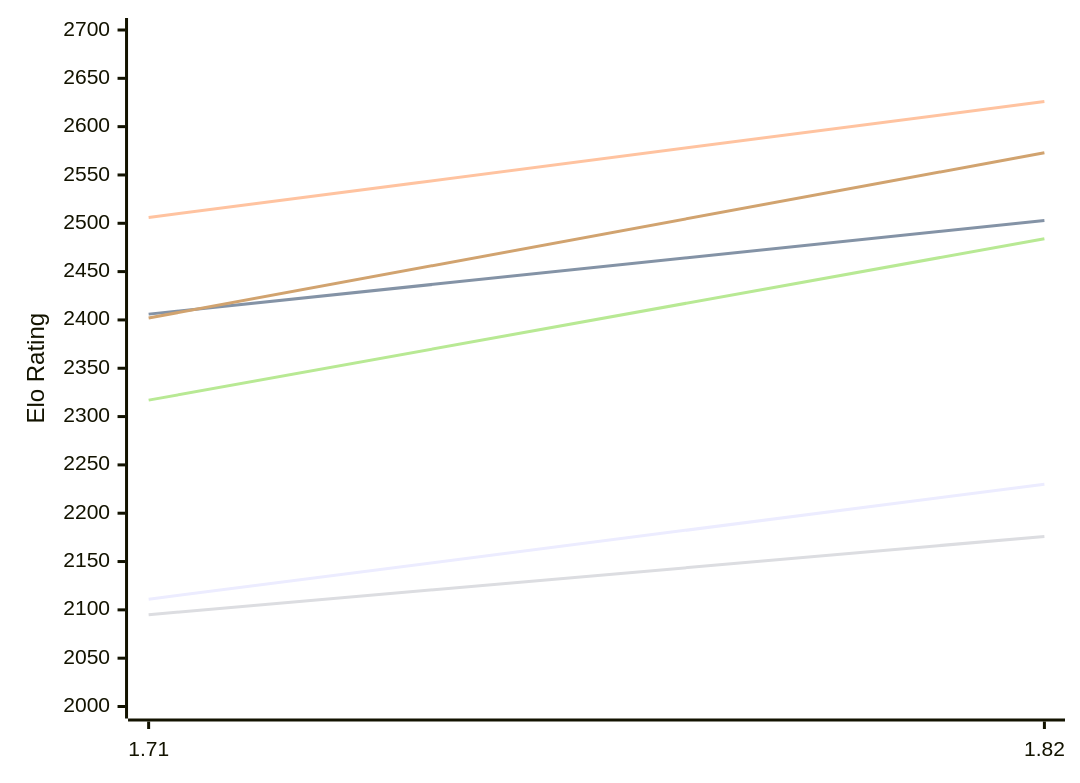
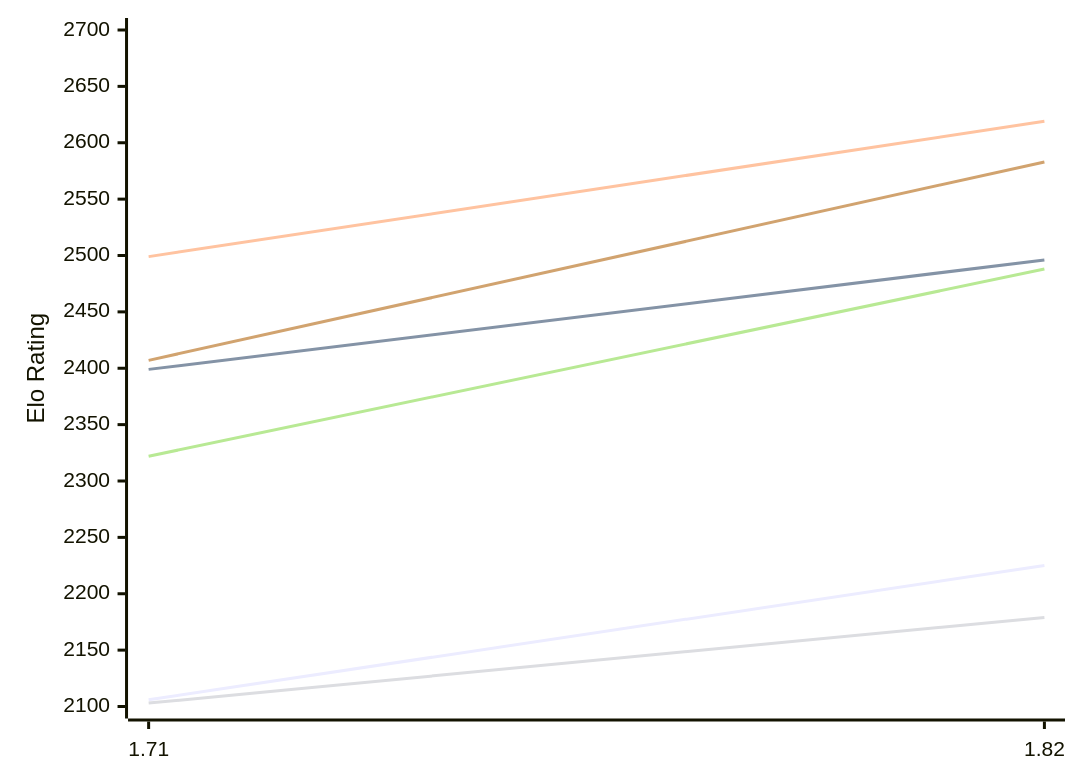
The first of 2 diagrams in engines/Amira.md (computer-chess-index/cci), drawn with Mermaid before and after one commit. The commit also changed other lines of this file, not shown here.

Commit message:
Update CCI Ratings (ELO VLTC) - 2026-11-18

````diff
--- a/engines/Amira.md
+++ b/engines/Amira.md
@@ -50,12 +50,12 @@
 ```mermaid
 %%{init: {"theme":"base","themeVariables":{"seriesColors:['#a3a3a3','#222221','#faa371']}}}%%
 xychart-beta
   x-axis ["1.71", "1.82"]
-  y-axis "Elo Rating" 2000 --> 2700
-  line "E1: STC (8.0+0.08s)" [2111, 2230]
-  line "E1: LTC (60.0+0.60s)" [2406, 2503]
-  line "E1: VLTC (2m24s+1.12s)" [2506, 2626]
-  line "P1: STC (8.0+0.08s)" [2095, 2176]
-  line "P1: LTC (60.0+0.60s)" [2317, 2484]
-  line "P1: VLTC (2m24s+1.12s)" [2402, 2573]
+  y-axis "Elo Rating" 2100 --> 2700
+  line "E1: STC (8.0+0.08s)" [2106, 2225]
+  line "E1: LTC (60.0+0.60s)" [2399, 2496]
+  line "E1: VLTC (2m24s+1.12s)" [2499, 2619]
+  line "P1: STC (8.0+0.08s)" [2103, 2179]
+  line "P1: LTC (60.0+0.60s)" [2322, 2488]
+  line "P1: VLTC (2m24s+1.12s)" [2407, 2583]
 ```
````
